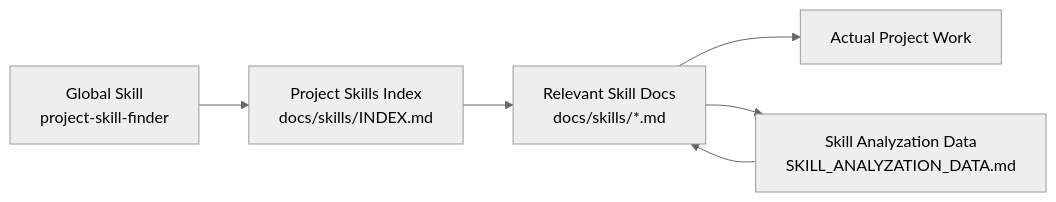
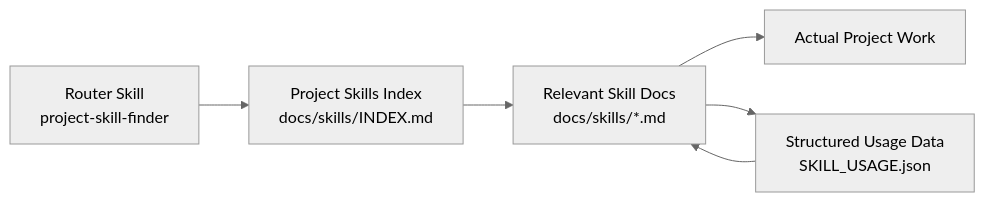
The diagram in project_skills_finder/README.md (ArvinRong/agent-skills), drawn with Mermaid (neutral theme) before and after one commit. The commit also changed other lines of this file and 59 other files, not shown here.

First line of the commit message:
重构 project_skills_finder 为多 Agent 发布结构 / Refactor project_skills_finder for multi-agent distribution

````diff
--- a/project_skills_finder/README.md
+++ b/project_skills_finder/README.md
@@ -25,8 +94,8 @@
 ```mermaid
 flowchart LR
-    A["Global Skill<br/>project-skill-finder"] --> B["Project Skills Index<br/>docs/skills/INDEX.md"]
+    A["Router Skill<br/>project-skill-finder"] --> B["Project Skills Index<br/>docs/skills/INDEX.md"]
     B --> C["Relevant Skill Docs<br/>docs/skills/*.md"]
     C --> D["Actual Project Work"]
-    C --> E["Skill Analyzation Data<br/>SKILL_ANALYZATION_DATA.md"]
+    C --> E["Structured Usage Data<br/>SKILL_USAGE.json"]
     E --> C
 ```
````
